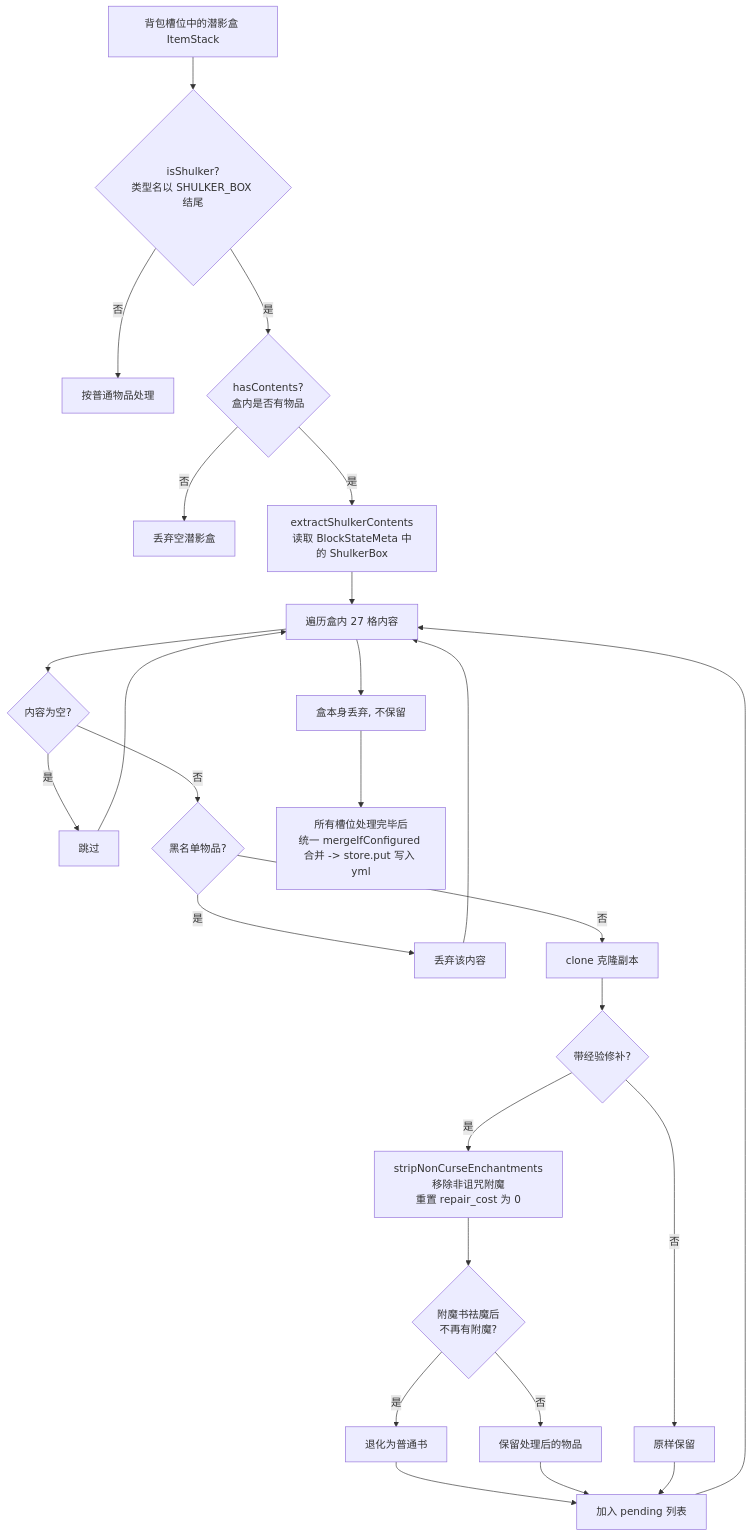
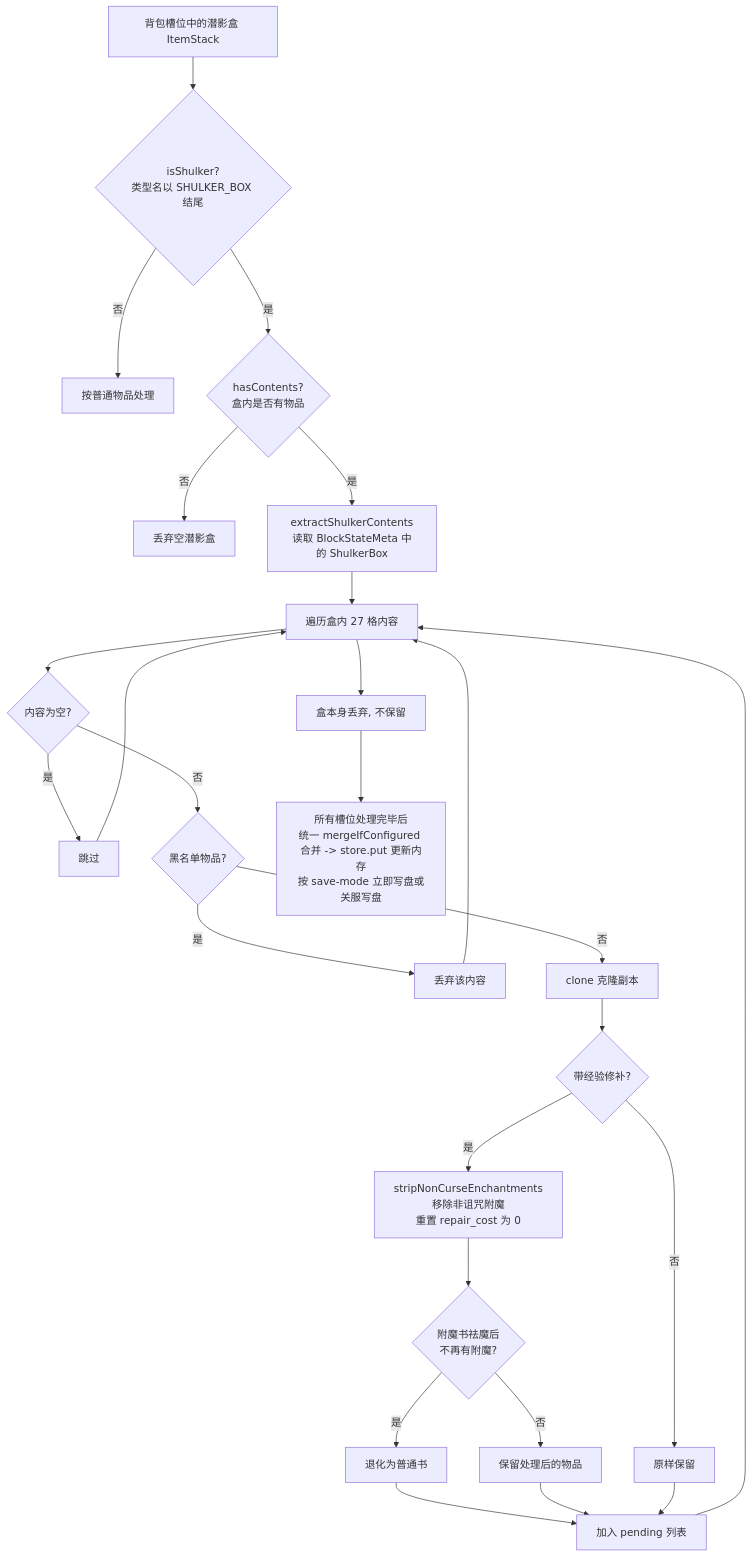
The second of 3 diagrams in docs/plugin-diagram.md (Lustrous-Hope-Makes-Dreams-Radiance/EndVoidRescue), drawn with Mermaid before and after one commit. The commit also changed other lines of this file and 3 other files, not shown here.

````diff
--- a/docs/plugin-diagram.md
+++ b/docs/plugin-diagram.md
@@ -44,28 +44,28 @@
 ```mermaid
 flowchart TD
     A["背包槽位中的潜影盒 ItemStack"] --> B{"isShulker?<br/>类型名以 SHULKER_BOX 结尾"}
     B -- 否 --> Z["按普通物品处理"]
     B -- 是 --> C{"hasContents?<br/>盒内是否有物品"}
     C -- 否 --> X["丢弃空潜影盒"]
     C -- 是 --> D["extractShulkerContents<br/>读取 BlockStateMeta 中的 ShulkerBox"]
     D --> E["遍历盒内 27 格内容"]
     E --> F{"内容为空?"}
     F -- 是 --> G["跳过"]
     F -- 否 --> H{"黑名单物品?"}
     H -- 是 --> I["丢弃该内容"]
     H -- 否 --> J["clone 克隆副本"]
     J --> K{"带经验修补?"}
     K -- 否 --> L["原样保留"]
     K -- 是 --> M["stripNonCurseEnchantments<br/>移除非诅咒附魔<br/>重置 repair_cost 为 0"]
     M --> N{"附魔书祛魔后<br/>不再有附魔?"}
     N -- 是 --> O["退化为普通书"]
     N -- 否 --> P["保留处理后的物品"]
     O --> Q["加入 pending 列表"]
     P --> Q
     L --> Q
     G --> E
     I --> E
     Q --> E
     E --> R["盒本身丢弃, 不保留"]
-    R --> S["所有槽位处理完毕后<br/>统一 mergeIfConfigured 合并 -> store.put 写入 yml"]
+    R --> S["所有槽位处理完毕后<br/>统一 mergeIfConfigured 合并 -> store.put 更新内存<br/>按 save-mode 立即写盘或关服写盘"]
 ```
````
